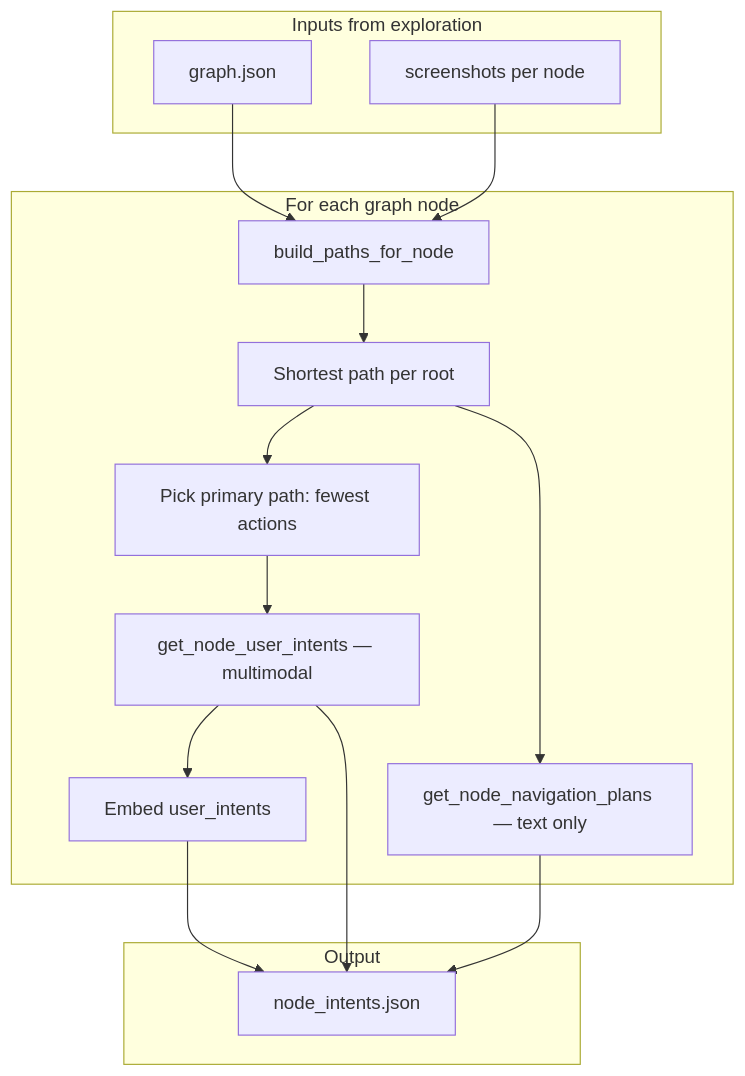
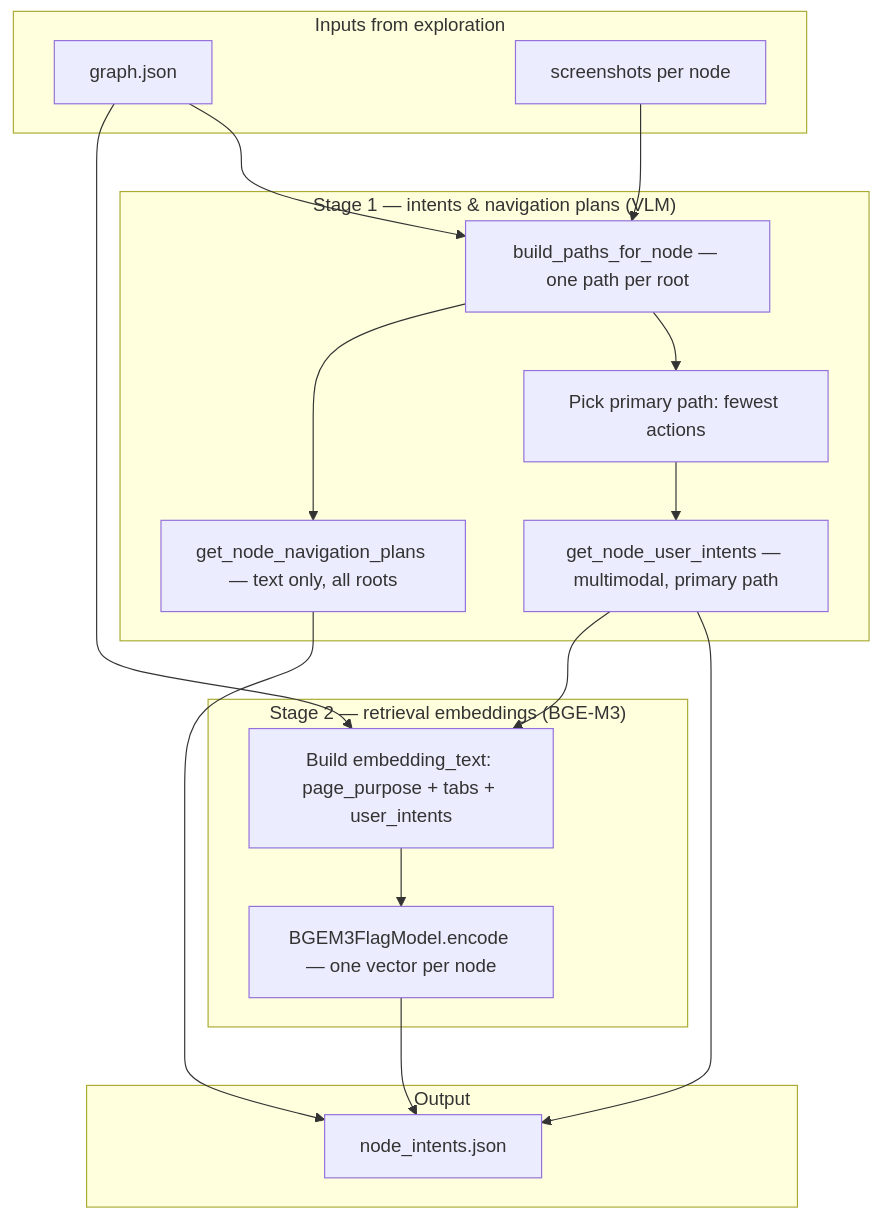
Before and after one commit to smehdia/AgentNavigator: the first of 2 diagrams in exploration/README.md, drawn with Mermaid. The commit also changed other lines of this file, not shown here.

````diff
--- a/exploration/README.md
+++ b/exploration/README.md
@@ -259,27 +270,29 @@
 ```mermaid
 flowchart TB
   subgraph inputs["Inputs from exploration"]
     G[graph.json]
     S[screenshots per node]
   end
-  subgraph per_node["For each graph node"]
-    P[build_paths_for_node]
-    R[Shortest path per root]
+  subgraph stage1["Stage 1 — intents & navigation plans (VLM)"]
+    P[build_paths_for_node — one path per root]
     PR[Pick primary path: fewest actions]
-    UI[get_node_user_intents — multimodal]
-    NP[get_node_navigation_plans — text only]
-    EMB[Embed user_intents]
+    UI[get_node_user_intents — multimodal, primary path]
+    NP[get_node_navigation_plans — text only, all roots]
+  end
+  subgraph stage2["Stage 2 — retrieval embeddings (BGE-M3)"]
+    ET[Build embedding_text: page_purpose + tabs + user_intents]
+    EMB[BGEM3FlagModel.encode — one vector per node]
   end
   subgraph out["Output"]
     J[node_intents.json]
   end
   G --> P
   S --> P
-  P --> R
-  R --> PR --> UI
-  R --> NP
-  UI --> EMB
+  P --> PR --> UI
+  P --> NP
   UI --> J
   NP --> J
-  EMB --> J
+  G --> ET
+  UI --> ET
+  ET --> EMB --> J
 ```
````
